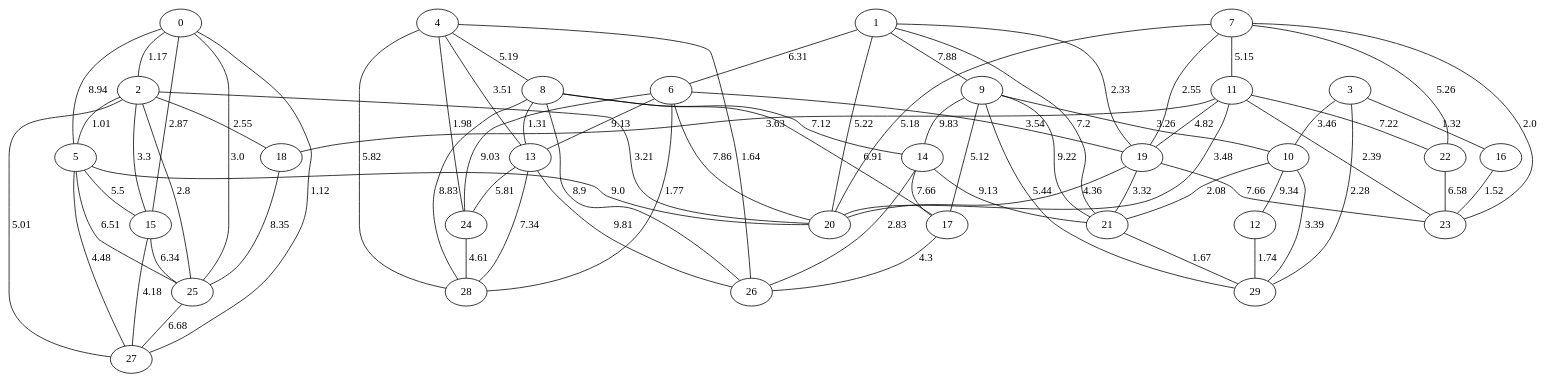
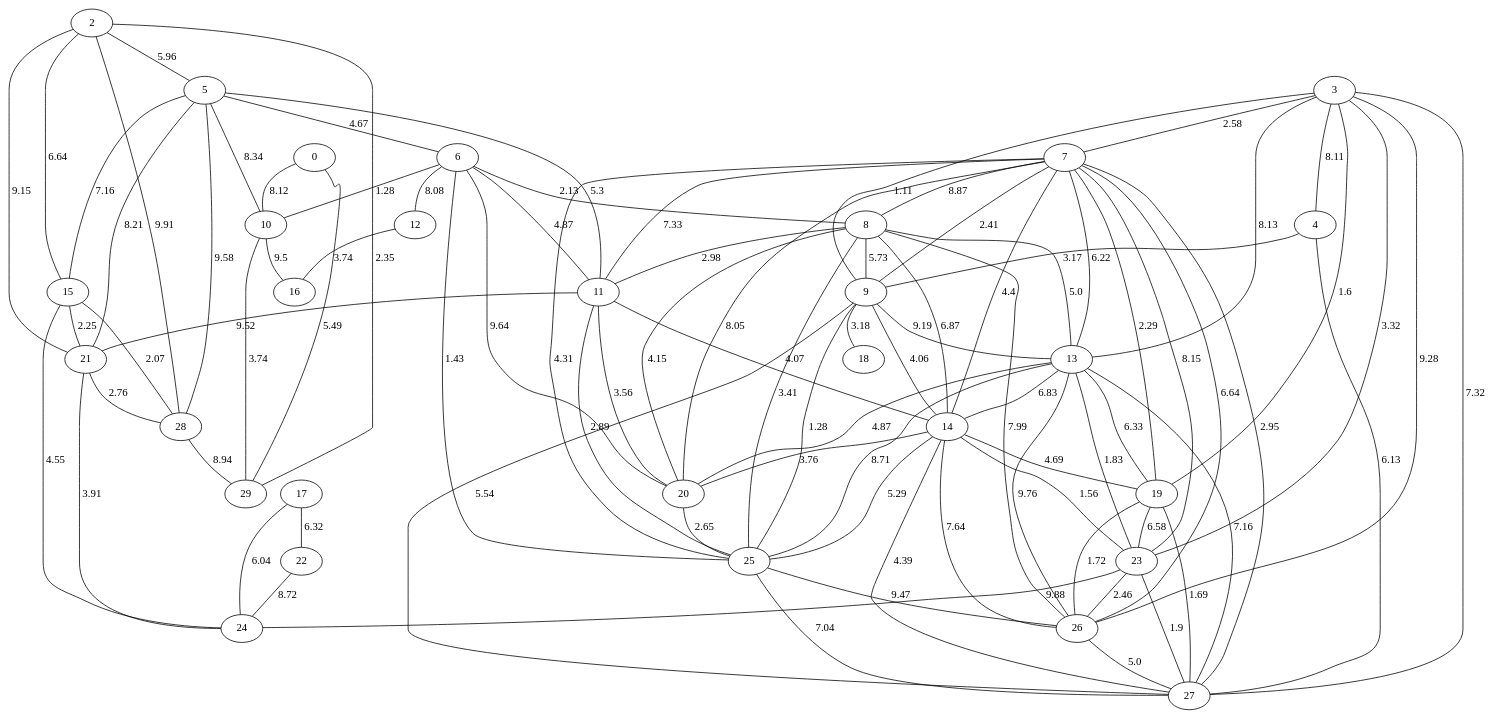
One commit to amorac4/DAA24 changed the diagram in Proyecto 3/ejemplos_grafo_dijkstra/grafo_Geográfico_30.gv. Above: the diagram before and after it, drawn with Graphviz. The commit also changed 37 other files, not shown here.

```diff
--- a/Proyecto 3/ejemplos_grafo_dijkstra/grafo_Geográfico_30.gv
+++ b/Proyecto 3/ejemplos_grafo_dijkstra/grafo_Geográfico_30.gv
@@ -1,107 +1,122 @@
 graph G {
 "0";
-"1";
 "2";
 "3";
 "4";
 "5";
 "6";
 "7";
 "8";
 "9";
 "10";
 "11";
 "12";
 "13";
 "14";
 "15";
 "16";
 "17";
 "18";
 "19";
 "20";
 "21";
 "22";
 "23";
 "24";
 "25";
 "26";
 "27";
 "28";
 "29";
-    "1" -- "21"[label="7.2", len="7.2"];
-    "0" -- "27"[label="1.12", len="1.12"];
-    "14" -- "17"[label="7.66", len="7.66"];
-    "8" -- "13"[label="1.31", len="1.31"];
-    "15" -- "27"[label="4.18", len="4.18"];
-    "22" -- "23"[label="6.58", len="6.58"];
-    "2" -- "18"[label="2.55", len="2.55"];
-    "4" -- "8"[label="5.19", len="5.19"];
-    "6" -- "28"[label="1.77", len="1.77"];
-    "13" -- "26"[label="9.81", len="9.81"];
-    "9" -- "29"[label="5.44", len="5.44"];
-    "10" -- "21"[label="2.08", len="2.08"];
-    "11" -- "23"[label="2.39", len="2.39"];
-    "1" -- "6"[label="6.31", len="6.31"];
-    "6" -- "24"[label="9.03", len="9.03"];
-    "14" -- "26"[label="2.83", len="2.83"];
-    "8" -- "28"[label="8.83", len="8.83"];
-    "19" -- "23"[label="7.66", len="7.66"];
-    "7" -- "11"[label="5.15", len="5.15"];
-    "2" -- "5"[label="1.01", len="1.01"];
-    "25" -- "27"[label="6.68", len="6.68"];
-    "11" -- "19"[label="4.82", len="4.82"];
-    "1" -- "20"[label="5.22", len="5.22"];
-    "7" -- "20"[label="5.18", len="5.18"];
-    "8" -- "14"[label="7.12", len="7.12"];
-    "0" -- "15"[label="2.87", len="2.87"];
-    "9" -- "21"[label="9.22", len="9.22"];
-    "3" -- "10"[label="3.46", len="3.46"];
-    "10" -- "12"[label="9.34", len="9.34"];
-    "11" -- "22"[label="7.22", len="7.22"];
-    "4" -- "13"[label="3.51", len="3.51"];
-    "5" -- "25"[label="6.51", len="6.51"];
-    "7" -- "19"[label="2.55", len="2.55"];
-    "9" -- "17"[label="5.12", len="5.12"];
-    "4" -- "24"[label="1.98", len="1.98"];
-    "3" -- "16"[label="1.32", len="1.32"];
-    "11" -- "18"[label="3.63", len="3.63"];
-    "2" -- "27"[label="5.01", len="5.01"];
-    "7" -- "23"[label="2.0", len="2.0"];
-    "19" -- "21"[label="3.32", len="3.32"];
-    "4" -- "28"[label="5.82", len="5.82"];
-    "9" -- "14"[label="9.83", len="9.83"];
-    "13" -- "24"[label="5.81", len="5.81"];
-    "15" -- "25"[label="6.34", len="6.34"];
-    "0" -- "25"[label="3.0", len="3.0"];
-    "24" -- "28"[label="4.61", len="4.61"];
-    "2" -- "20"[label="3.21", len="3.21"];
-    "16" -- "23"[label="1.52", len="1.52"];
-    "9" -- "10"[label="3.26", len="3.26"];
-    "13" -- "28"[label="7.34", len="7.34"];
-    "1" -- "19"[label="2.33", len="2.33"];
-    "0" -- "5"[label="8.94", len="8.94"];
-    "1" -- "9"[label="7.88", len="7.88"];
-    "5" -- "15"[label="5.5", len="5.5"];
-    "17" -- "26"[label="4.3", len="4.3"];
-    "8" -- "17"[label="6.91", len="6.91"];
-    "12" -- "29"[label="1.74", len="1.74"];
-    "7" -- "22"[label="5.26", len="5.26"];
-    "19" -- "20"[label="4.36", len="4.36"];
-    "8" -- "26"[label="8.9", len="8.9"];
-    "6" -- "19"[label="3.54", len="3.54"];
-    "18" -- "25"[label="8.35", len="8.35"];
-    "5" -- "27"[label="4.48", len="4.48"];
-    "21" -- "29"[label="1.67", len="1.67"];
-    "4" -- "26"[label="1.64", len="1.64"];
-    "5" -- "20"[label="9.0", len="9.0"];
-    "6" -- "20"[label="7.86", len="7.86"];
-    "11" -- "20"[label="3.48", len="3.48"];
-    "2" -- "25"[label="2.8", len="2.8"];
-    "3" -- "29"[label="2.28", len="2.28"];
-    "2" -- "15"[label="3.3", len="3.3"];
-    "6" -- "13"[label="9.13", len="9.13"];
-    "10" -- "29"[label="3.39", len="3.39"];
-    "14" -- "21"[label="9.13", len="9.13"];
-    "0" -- "2"[label="1.17", len="1.17"];
+    "20" -- "25"[label="2.65", len="2.65"];
+    "21" -- "28"[label="2.76", len="2.76"];
+    "7" -- "25"[label="4.31", len="4.31"];
+    "0" -- "10"[label="8.12", len="8.12"];
+    "23" -- "26"[label="2.46", len="2.46"];
+    "3" -- "7"[label="2.58", len="2.58"];
+    "2" -- "5"[label="5.96", len="5.96"];
+    "6" -- "10"[label="1.28", len="1.28"];
+    "25" -- "26"[label="9.47", len="9.47"];
+    "7" -- "19"[label="2.29", len="2.29"];
+    "6" -- "25"[label="1.43", len="1.43"];
+    "13" -- "20"[label="4.87", len="4.87"];
+    "9" -- "14"[label="4.06", len="4.06"];
+    "5" -- "11"[label="5.3", len="5.3"];
+    "3" -- "23"[label="3.32", len="3.32"];
+    "5" -- "21"[label="8.21", len="8.21"];
+    "11" -- "21"[label="9.52", len="9.52"];
+    "13" -- "23"[label="1.83", len="1.83"];
+    "2" -- "28"[label="9.91", len="9.91"];
+    "19" -- "23"[label="6.58", len="6.58"];
+    "10" -- "29"[label="3.74", len="3.74"];
+    "7" -- "8"[label="8.87", len="8.87"];
+    "21" -- "24"[label="3.91", len="3.91"];
+    "13" -- "26"[label="9.76", len="9.76"];
+    "8" -- "9"[label="5.73", len="5.73"];
+    "9" -- "25"[label="1.28", len="1.28"];
+    "17" -- "24"[label="6.04", len="6.04"];
+    "3" -- "27"[label="7.32", len="7.32"];
+    "8" -- "25"[label="3.41", len="3.41"];
+    "6" -- "11"[label="4.87", len="4.87"];
+    "14" -- "19"[label="4.69", len="4.69"];
+    "17" -- "22"[label="6.32", len="6.32"];
+    "13" -- "19"[label="6.33", len="6.33"];
+    "23" -- "24"[label="9.88", len="9.88"];
+    "9" -- "13"[label="9.19", len="9.19"];
+    "5" -- "10"[label="8.34", len="8.34"];
+    "14" -- "25"[label="5.29", len="5.29"];
+    "19" -- "27"[label="1.69", len="1.69"];
+    "15" -- "28"[label="2.07", len="2.07"];
+    "6" -- "20"[label="9.64", len="9.64"];
+    "11" -- "20"[label="3.56", len="3.56"];
+    "11" -- "25"[label="2.89", len="2.89"];
+    "2" -- "29"[label="2.35", len="2.35"];
+    "8" -- "13"[label="5.0", len="5.0"];
+    "28" -- "29"[label="8.94", len="8.94"];
+    "4" -- "27"[label="6.13", len="6.13"];
+    "14" -- "26"[label="7.64", len="7.64"];
+    "11" -- "14"[label="4.07", len="4.07"];
+    "9" -- "18"[label="3.18", len="3.18"];
+    "7" -- "11"[label="7.33", len="7.33"];
+    "7" -- "20"[label="8.05", len="8.05"];
+    "13" -- "25"[label="8.71", len="8.71"];
+    "14" -- "23"[label="1.56", len="1.56"];
+    "7" -- "14"[label="4.4", len="4.4"];
+    "7" -- "27"[label="2.95", len="2.95"];
+    "3" -- "9"[label="1.11", len="1.11"];
+    "3" -- "26"[label="9.28", len="9.28"];
+    "8" -- "26"[label="7.99", len="7.99"];
+    "9" -- "27"[label="5.54", len="5.54"];
+    "15" -- "24"[label="4.55", len="4.55"];
+    "6" -- "8"[label="2.13", len="2.13"];
+    "10" -- "16"[label="9.5", len="9.5"];
+    "7" -- "13"[label="6.22", len="6.22"];
+    "15" -- "21"[label="2.25", len="2.25"];
+    "23" -- "27"[label="1.9", len="1.9"];
+    "3" -- "4"[label="8.11", len="8.11"];
+    "5" -- "6"[label="4.67", len="4.67"];
+    "19" -- "26"[label="1.72", len="1.72"];
+    "25" -- "27"[label="7.04", len="7.04"];
+    "12" -- "16"[label="3.74", len="3.74"];
+    "8" -- "14"[label="6.87", len="6.87"];
+    "4" -- "9"[label="3.17", len="3.17"];
+    "8" -- "20"[label="4.15", len="4.15"];
+    "14" -- "27"[label="4.39", len="4.39"];
+    "0" -- "29"[label="5.49", len="5.49"];
+    "7" -- "23"[label="8.15", len="8.15"];
+    "22" -- "24"[label="8.72", len="8.72"];
+    "3" -- "13"[label="8.13", len="8.13"];
+    "8" -- "11"[label="2.98", len="2.98"];
+    "5" -- "15"[label="7.16", len="7.16"];
+    "3" -- "19"[label="1.6", len="1.6"];
+    "6" -- "12"[label="8.08", len="8.08"];
+    "5" -- "28"[label="9.58", len="9.58"];
+    "14" -- "20"[label="3.76", len="3.76"];
+    "7" -- "9"[label="2.41", len="2.41"];
+    "26" -- "27"[label="5.0", len="5.0"];
+    "7" -- "26"[label="6.64", len="6.64"];
+    "13" -- "14"[label="6.83", len="6.83"];
+    "2" -- "21"[label="9.15", len="9.15"];
+    "13" -- "27"[label="7.16", len="7.16"];
+    "2" -- "15"[label="6.64", len="6.64"];
 }
```
